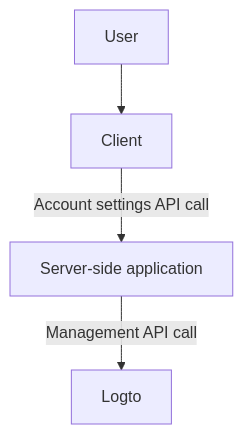
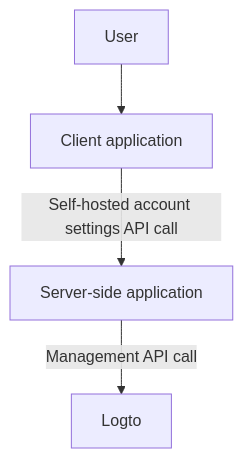
Before and after one commit to logto-io/docs: the first of 3 diagrams in docs/end-user-flows/account-settings/by-management-api.mdx, drawn with Mermaid. The commit also changed other lines of this file and 1 other file, not shown here.

First line of the commit message:
feat(docs): migrate account API docs

````diff
--- a/docs/end-user-flows/account-settings/by-management-api.mdx
+++ b/docs/end-user-flows/account-settings/by-management-api.mdx
@@ -11,6 +13,6 @@
 ```mermaid
   graph TB
-    A[User] --> B[Client]
-    B -->|Account settings API call|C[Server-side application]
+    A[User] --> B[Client application]
+    B -->|Self-hosted account settings API call|C[Server-side application]
     C -->|Management API call| D[Logto]
 ```
````
